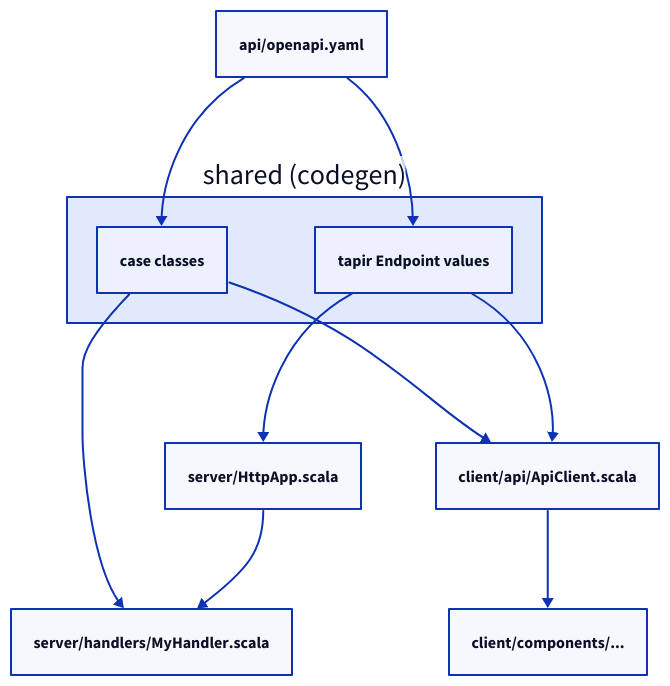
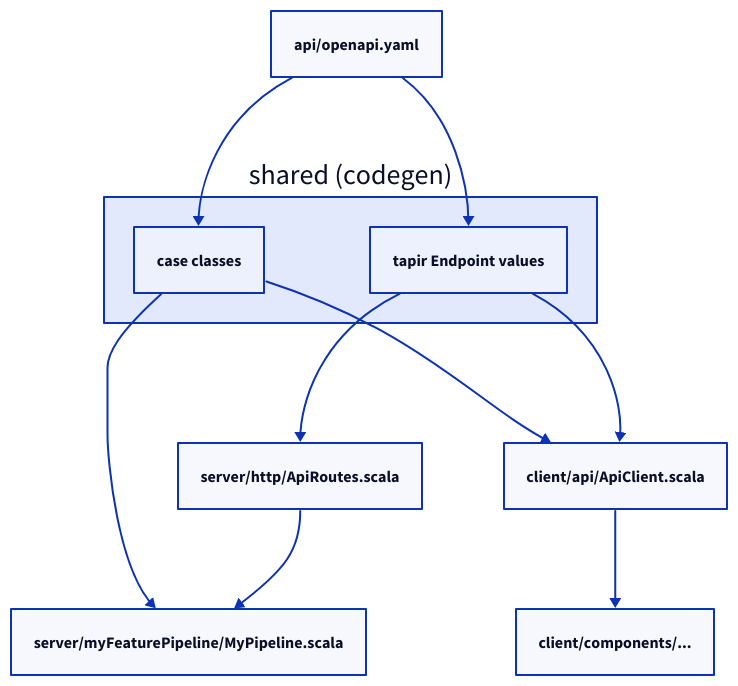
The diagram in content/cortex/cortex-onboarding/03-working-on-it/02-extending.md (ani2fun/cortex), drawn with D2 before and after one commit. The commit also changed other lines of this file and 12 other files, not shown here.

````diff
--- a/content/cortex/cortex-onboarding/03-working-on-it/02-extending.md
+++ b/content/cortex/cortex-onboarding/03-working-on-it/02-extending.md
@@ -70,21 +70,21 @@
 ```d2
 direction: down
 spec: api/openapi.yaml
 shared: shared (codegen) {
   case_class: case classes
   endpoint: tapir Endpoint values
 }
-handler: server/handlers/MyHandler.scala
-wire: server/HttpApp.scala
+pipeline: server/myFeaturePipeline/MyPipeline.scala
+wire: server/http/ApiRoutes.scala
 client: client/api/ApiClient.scala
 component: client/components/...
 
 spec -> shared.case_class
 spec -> shared.endpoint
-shared.case_class -> handler
+shared.case_class -> pipeline
 shared.endpoint -> wire
-wire -> handler
+wire -> pipeline
 shared.case_class -> client
 shared.endpoint -> client
 client -> component
 ```
````
